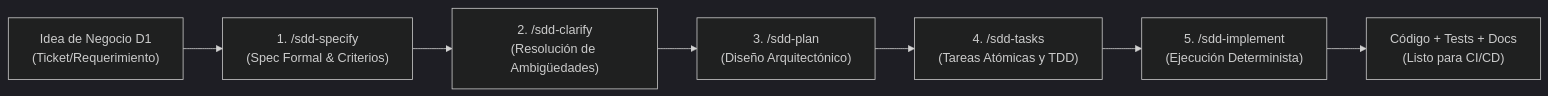
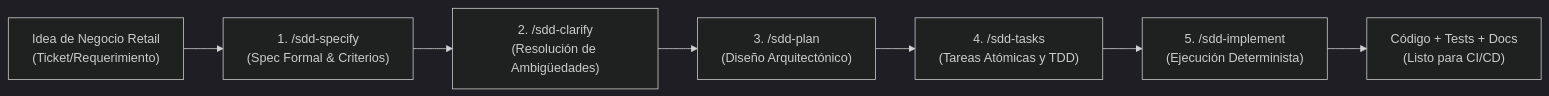
The diagram in docs/02_S1_DESARROLLO_IA_Y_SDD.md (develasquez/full-stack-engineer), drawn with Mermaid (dark theme) before and after one commit. The commit also changed other lines of this file and 57 other files, not shown here.

Commit message:
feat: reestructuracion completa a Retail Enterprise, ciclos SDD concisos y eliminacion de artefactos dinamicos

````diff
--- a/docs/02_S1_DESARROLLO_IA_Y_SDD.md
+++ b/docs/02_S1_DESARROLLO_IA_Y_SDD.md
@@ -27,9 +27,9 @@
 ```mermaid
 flowchart LR
-    A["Idea de Negocio D1\n(Ticket/Requerimiento)"] --> B["1. /sdd-specify\n(Spec Formal & Criterios)"]
+    A["Idea de Negocio Retail\n(Ticket/Requerimiento)"] --> B["1. /sdd-specify\n(Spec Formal & Criterios)"]
     B --> C["2. /sdd-clarify\n(Resolución de Ambigüedades)"]
     C --> D["3. /sdd-plan\n(Diseño Arquitectónico)"]
     D --> E["4. /sdd-tasks\n(Tareas Atómicas y TDD)"]
     E --> F["5. /sdd-implement\n(Ejecución Determinista)"]
     F --> G["Código + Tests + Docs\n(Listo para CI/CD)"]
 ```
````
